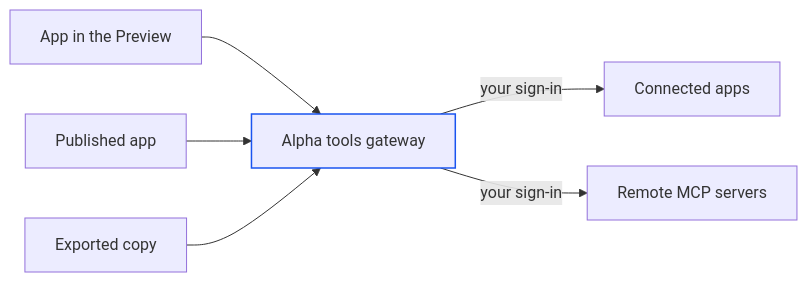
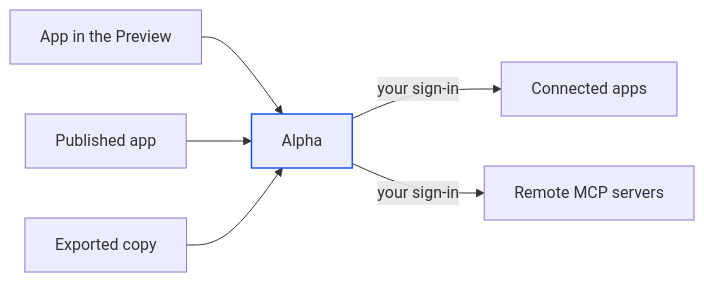
Before and after one commit to suyash-lyzr/alpha-documentation: the diagram in integrations/in-your-app.mdx, drawn with Mermaid. The commit also changed other lines of this file and 74 other files, not shown here.

````diff
--- a/integrations/in-your-app.mdx
+++ b/integrations/in-your-app.mdx
@@ -23,10 +23,10 @@
 ```mermaid
 flowchart LR
   P[App in the Preview] --> G
   D[Published app] --> G
   E[Exported copy] --> G
-  G[Alpha tools gateway] -->|your sign-in| C[Connected apps]
+  G[Alpha] -->|your sign-in| C[Connected apps]
   G -->|your sign-in| M[Remote MCP servers]
   classDef focus stroke:#1A54F0,stroke-width:1.5px;
   class G focus
 ```
````
